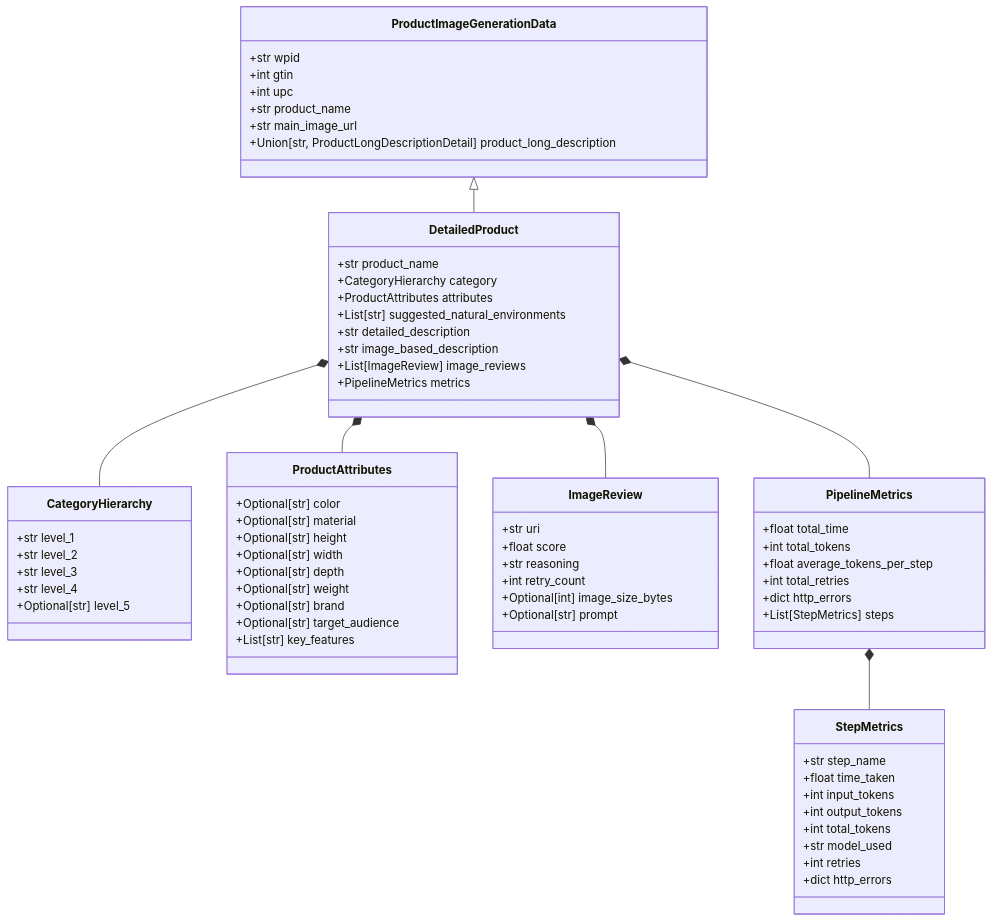
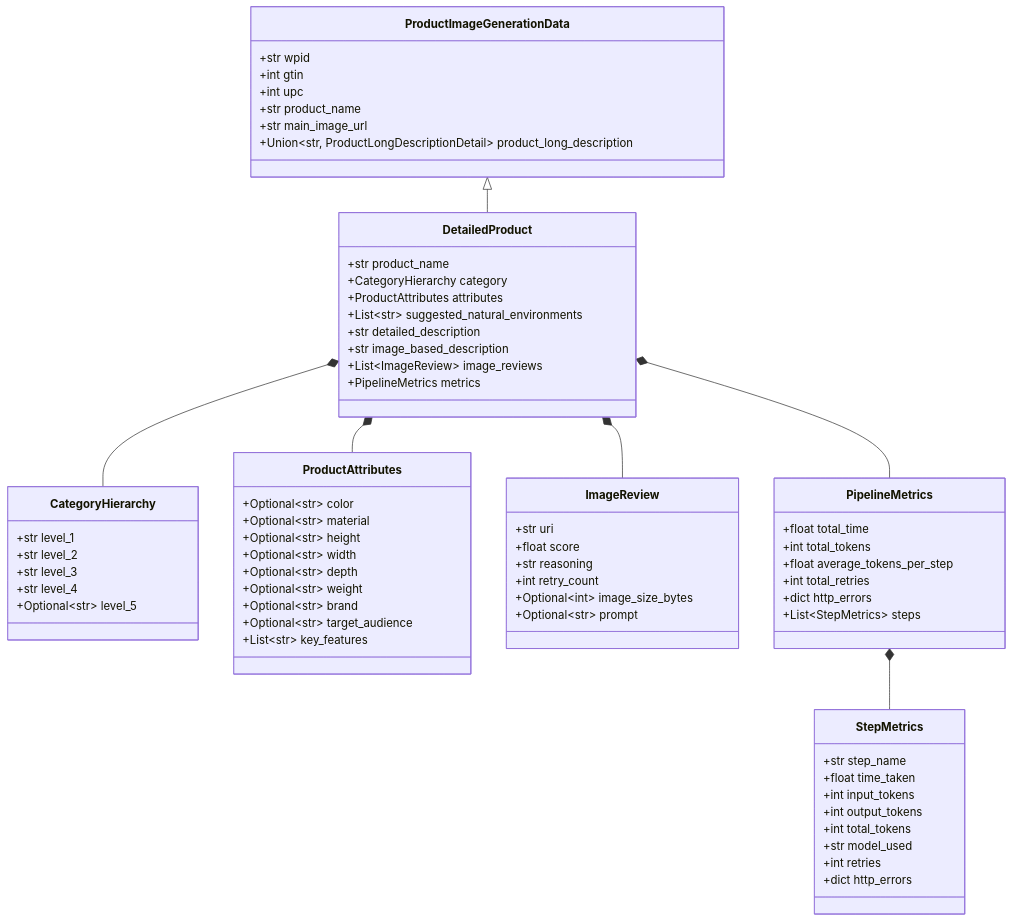
Before and after one commit to rrmcguinness/product-gen: the diagram in docs/architecture/data-models.md, drawn with Mermaid. The commit also changed 19 other files, not shown here.

````diff
--- a/docs/architecture/data-models.md
+++ b/docs/architecture/data-models.md
@@ -9,78 +9,78 @@
 ```mermaid
 classDiagram
     class ProductImageGenerationData {
         +str wpid
         +int gtin
         +int upc
         +str product_name
         +str main_image_url
-        +Union[str, ProductLongDescriptionDetail] product_long_description
+        +Union~str, ProductLongDescriptionDetail~ product_long_description
     }
 
     class DetailedProduct {
         +str product_name
         +CategoryHierarchy category
         +ProductAttributes attributes
-        +List[str] suggested_natural_environments
+        +List~str~ suggested_natural_environments
         +str detailed_description
         +str image_based_description
-        +List[ImageReview] image_reviews
+        +List~ImageReview~ image_reviews
         +PipelineMetrics metrics
     }
 
     class CategoryHierarchy {
         +str level_1
         +str level_2
         +str level_3
         +str level_4
-        +Optional[str] level_5
+        +Optional~str~ level_5
     }
 
     class ProductAttributes {
-        +Optional[str] color
-        +Optional[str] material
-        +Optional[str] height
-        +Optional[str] width
-        +Optional[str] depth
-        +Optional[str] weight
-        +Optional[str] brand
-        +Optional[str] target_audience
-        +List[str] key_features
+        +Optional~str~ color
+        +Optional~str~ material
+        +Optional~str~ height
+        +Optional~str~ width
+        +Optional~str~ depth
+        +Optional~str~ weight
+        +Optional~str~ brand
+        +Optional~str~ target_audience
+        +List~str~ key_features
     }
 
     class ImageReview {
         +str uri
         +float score
         +str reasoning
         +int retry_count
-        +Optional[int] image_size_bytes
-        +Optional[str] prompt
+        +Optional~int~ image_size_bytes
+        +Optional~str~ prompt
     }
 
     class PipelineMetrics {
         +float total_time
         +int total_tokens
         +float average_tokens_per_step
         +int total_retries
         +dict http_errors
-        +List[StepMetrics] steps
+        +List~StepMetrics~ steps
     }
 
     class StepMetrics {
         +str step_name
         +float time_taken
         +int input_tokens
         +int output_tokens
         +int total_tokens
         +str model_used
         +int retries
         +dict http_errors
     }
 
     ProductImageGenerationData <|-- DetailedProduct
     DetailedProduct *-- CategoryHierarchy
     DetailedProduct *-- ProductAttributes
     DetailedProduct *-- ImageReview
     DetailedProduct *-- PipelineMetrics
     PipelineMetrics *-- StepMetrics
 ```
````
